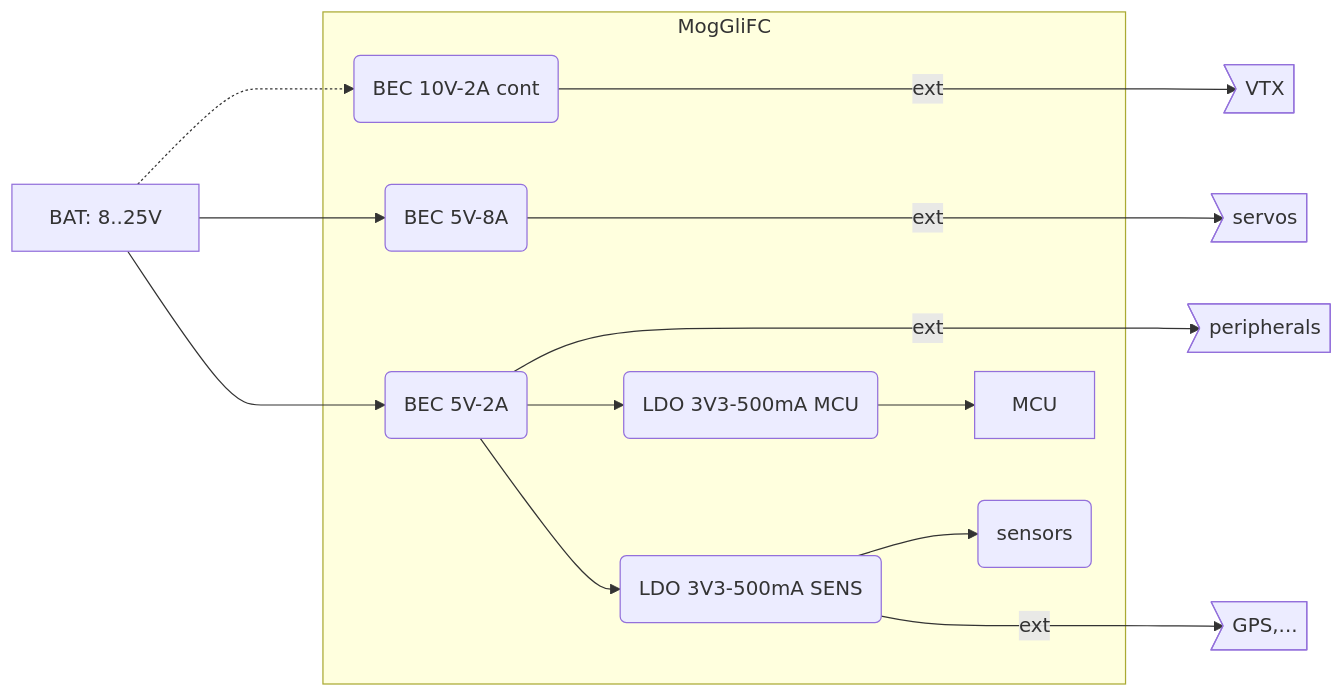
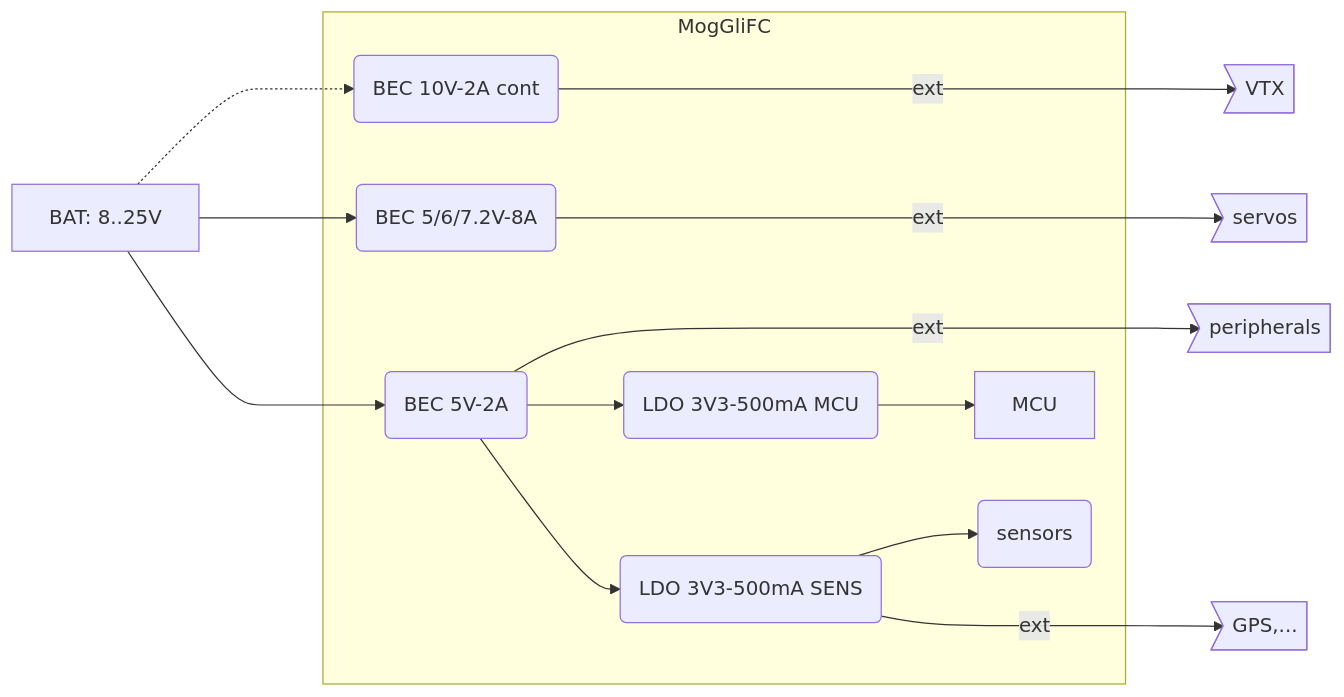
The first of 2 diagrams in README.md (MomoRC-tech/MoGliFC-Flight-Controller), drawn with Mermaid before and after one commit. The commit also changed other lines of this file, not shown here.

````diff
--- a/README.md
+++ b/README.md
@@ -52,28 +52,28 @@
 ```mermaid
 flowchart LR
     A[BAT: 8..25V] -.-> B(BEC 10V-2A cont)
 
     B ---->|ext| C>VTX]
-    A ---> H(BEC 5V-8A)
+    A ---> H(BEC 5/6/7.2V-8A)
     A ---> D(BEC 5V-2A)
 
     H ----> |ext| I>servos]
     D ----> |ext| E>peripherals]
     D --> F(LDO 3V3-500mA MCU)  
     F --> J[MCU]
     D --> G(LDO 3V3-500mA SENS)
     G --> K(sensors)
     G ---> |ext| L>GPS,...]
 
 
     subgraph MogGliFC
         B(BEC 10V-2A cont)
-        H(BEC 5V-8A)
+        H(BEC 5/6/7.2V-8A)
         D(BEC 5V-2A)
         F(LDO 3V3-500mA MCU)
         G(LDO 3V3-500mA SENS)
         J[MCU]
         K(sensors)
     end
 
 ```
````
